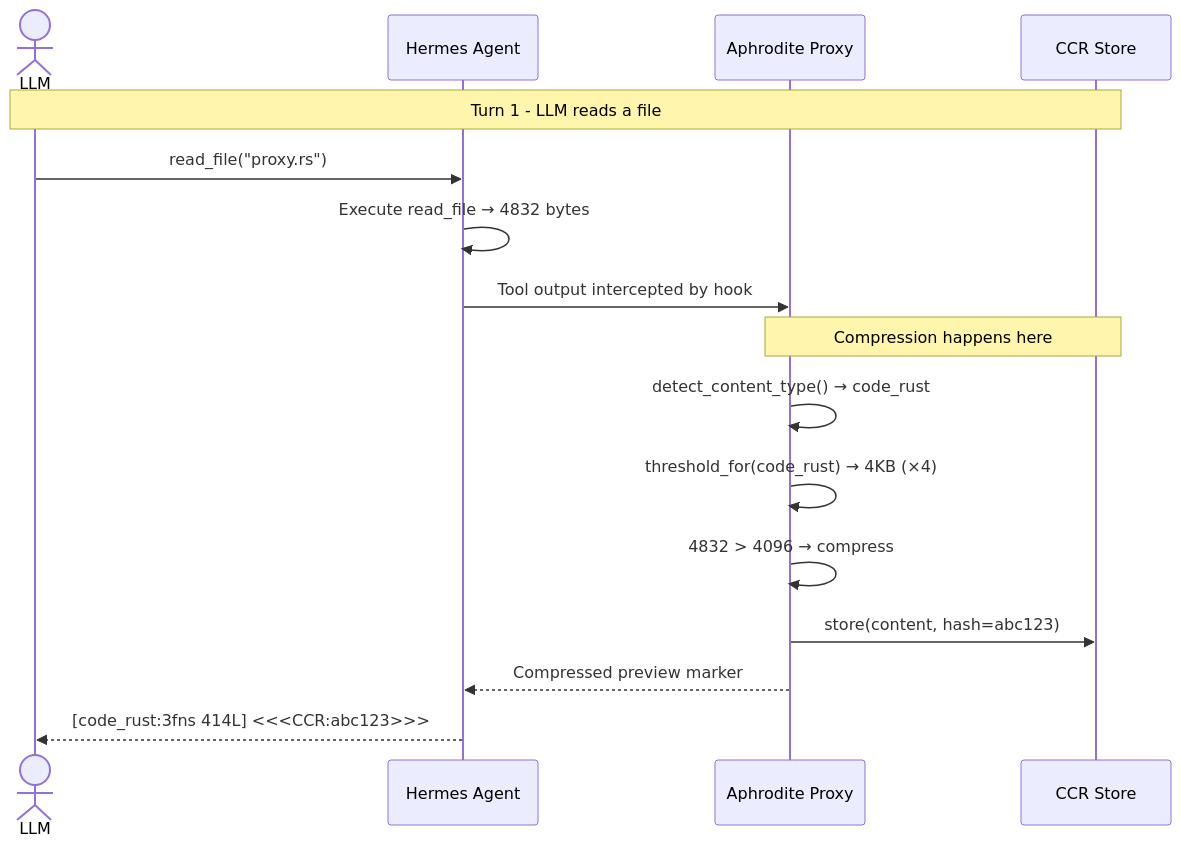
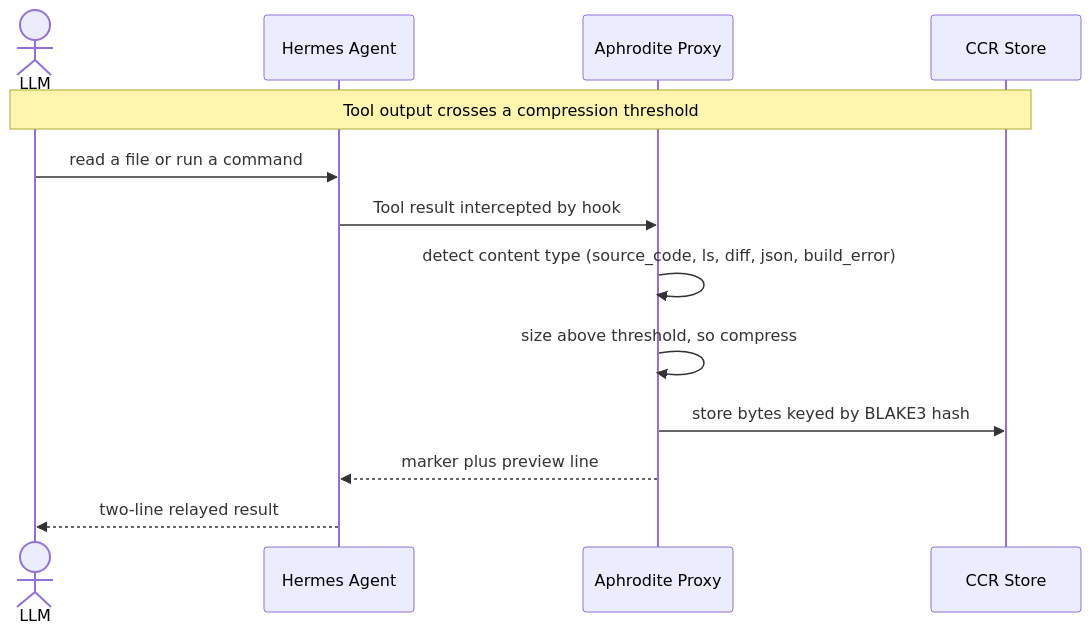
Before and after one commit to PlayForm/Aphrodite: the first of 2 diagrams in docs/examples/llm-view.md, drawn with Mermaid. The commit also changed other lines of this file and 3 other files, not shown here.

````diff
--- a/docs/examples/llm-view.md
+++ b/docs/examples/llm-view.md
@@ -10,21 +38,16 @@
 ```mermaid
 sequenceDiagram
     actor LLM
     participant Agent as Hermes Agent
     participant Proxy as Aphrodite Proxy
-    participant CCR as CCR Store
+    participant Store as CCR Store
 
-    Note over LLM,CCR: Turn 1 - LLM reads a file
-
-    LLM->>Agent: read_file("proxy.rs")
-    Agent->>Agent: Execute read_file → 4832 bytes
-    Agent->>Proxy: Tool output intercepted by hook
-
-    Note over Proxy,CCR: Compression happens here
-    Proxy->>Proxy: detect_content_type() → code_rust
-    Proxy->>Proxy: threshold_for(code_rust) → 4KB (×4)
-    Proxy->>Proxy: 4832 > 4096 → compress
-    Proxy->>CCR: store(content, hash=abc123)
-    Proxy-->>Agent: Compressed preview marker
-    Agent-->>LLM: [code_rust:3fns 414L] <<<CCR:abc123>>>
+    Note over LLM,Store: Tool output crosses a compression threshold
+    LLM->>Agent: read a file or run a command
+    Agent->>Proxy: Tool result intercepted by hook
+    Proxy->>Proxy: detect content type (source_code, ls, diff, json, build_error)
+    Proxy->>Proxy: size above threshold, so compress
+    Proxy->>Store: store bytes keyed by BLAKE3 hash
+    Proxy-->>Agent: marker plus preview line
+    Agent-->>LLM: two-line relayed result
 ```
````
